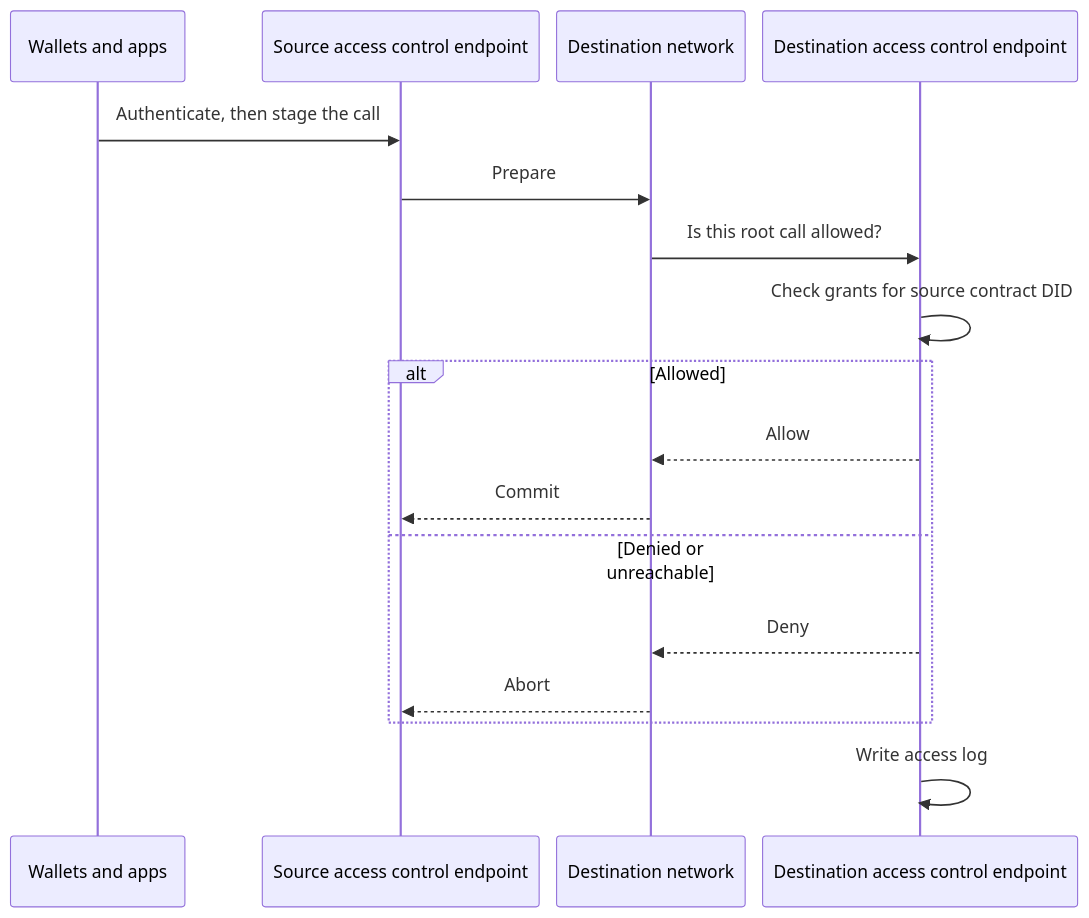
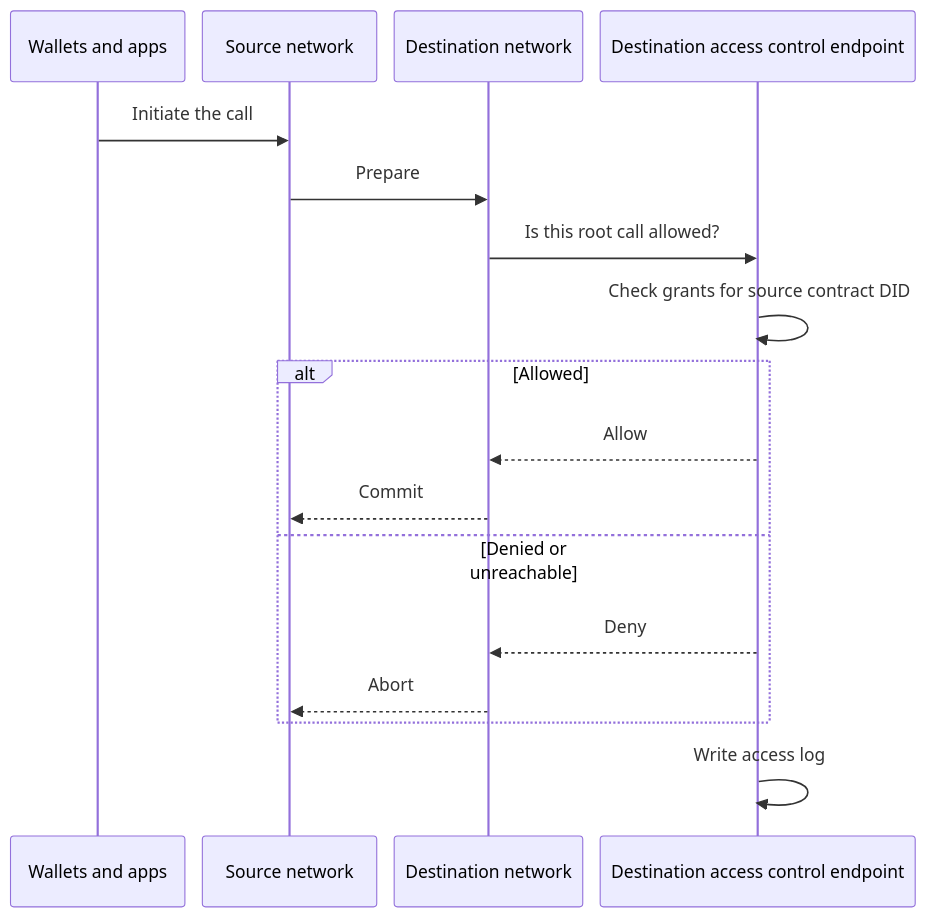
One commit to Consensys-Incorporated/doc.linea changed the diagram in docs/stack/deployment/interoperability.mdx. Above: the diagram before and after it, drawn with Mermaid. The commit also changed other lines of this file and 2 other files, not shown here.

````diff
--- a/docs/stack/deployment/interoperability.mdx
+++ b/docs/stack/deployment/interoperability.mdx
@@ -54,30 +53,30 @@
 ```mermaid
 %%{init: {
   "themeVariables": {
     "fontFamily": "AtypText, sans-serif"
   },
   "sequence": {
     "useMaxWidth": true,
     "actorMargin": 16,
     "width": 160
   }
 }}%%
 sequenceDiagram
   participant App as Wallets and apps
-  participant Src as Source access control endpoint
+  participant Src as Source network
   participant Dest as Destination network
   participant DestEP as Destination access control endpoint
 
-  App->>Src: Authenticate, then stage the call
+  App->>Src: Initiate the call
   Src->>Dest: Prepare
   Dest->>DestEP: Is this root call allowed?
   DestEP->>DestEP: Check grants for source contract DID
   alt Allowed
     DestEP-->>Dest: Allow
     Dest-->>Src: Commit
   else Denied or unreachable
     DestEP-->>Dest: Deny
     Dest-->>Src: Abort
   end
   DestEP->>DestEP: Write access log
 ```
````
